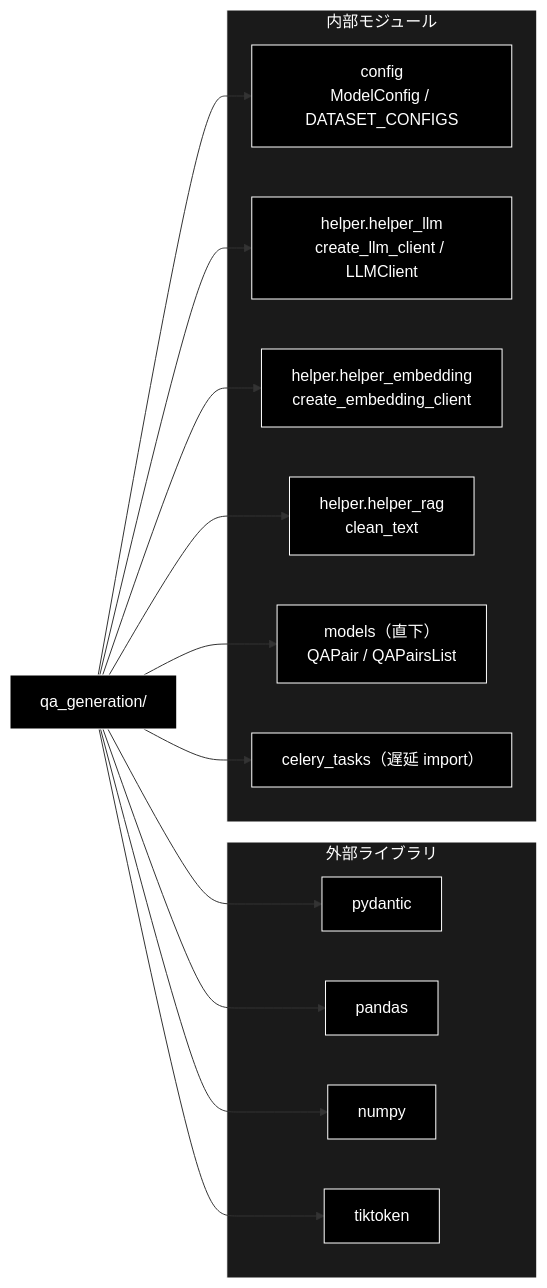
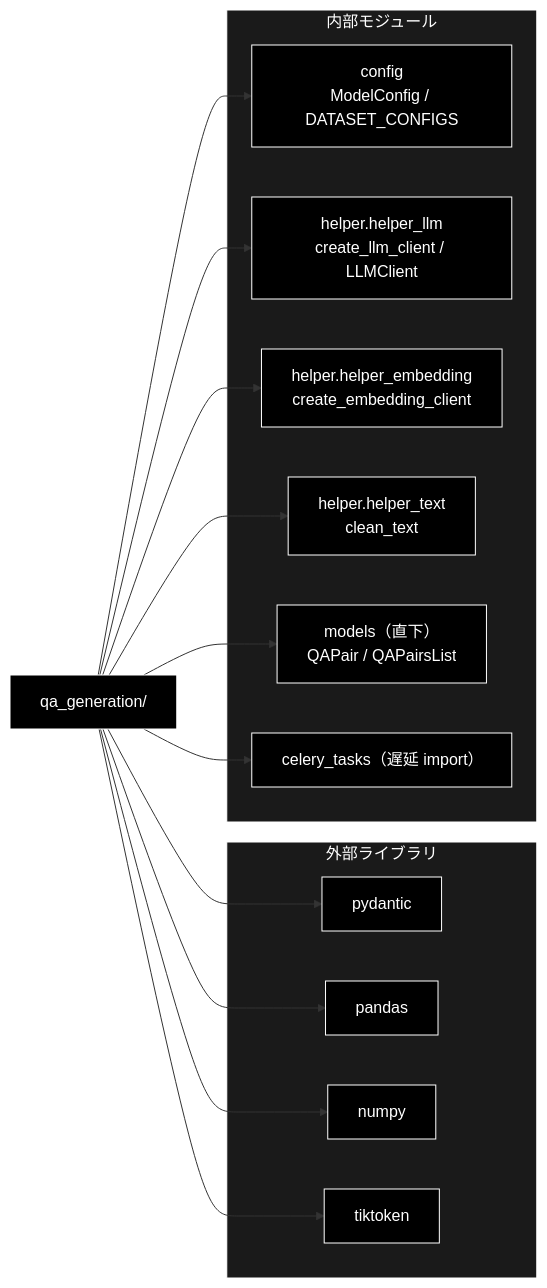
Before and after one commit to nakashima2toshio/grace_v2: the third of 3 diagrams in qa_generation/docs/README.md, drawn with Mermaid. The commit also changed other lines of this file and 36 other files, not shown here.

````diff
--- a/qa_generation/docs/README.md
+++ b/qa_generation/docs/README.md
@@ -957,36 +958,36 @@
 ```mermaid
 flowchart LR
     PKG["qa_generation/"]
 
     subgraph EXT["外部ライブラリ"]
         PYD["pydantic"]
         PD["pandas"]
         NP["numpy"]
         TT["tiktoken"]
     end
 
     subgraph INT["内部モジュール"]
         CFG["config<br>ModelConfig / DATASET_CONFIGS"]
         HLLM["helper.helper_llm<br>create_llm_client / LLMClient"]
         HEMB["helper.helper_embedding<br>create_embedding_client"]
-        HRAG["helper.helper_rag<br>clean_text"]
+        HRAG["helper.helper_text<br>clean_text"]
         ROOTM["models（直下）<br>QAPair / QAPairsList"]
         CT["celery_tasks（遅延 import）"]
     end
 
     PKG --> PYD
     PKG --> PD
     PKG --> NP
     PKG --> TT
     PKG --> CFG
     PKG --> HLLM
     PKG --> HEMB
     PKG --> HRAG
     PKG --> ROOTM
     PKG --> CT
 classDef default fill:#000,stroke:#fff,color:#fff
 classDef subgraphStyle fill:#1a1a1a,stroke:#fff,color:#fff
 class PKG,PYD,PD,NP,TT,CFG,HLLM,HEMB,HRAG,ROOTM,CT default
 style EXT fill:#1a1a1a,stroke:#fff,color:#fff
 style INT fill:#1a1a1a,stroke:#fff,color:#fff
 ```
````
